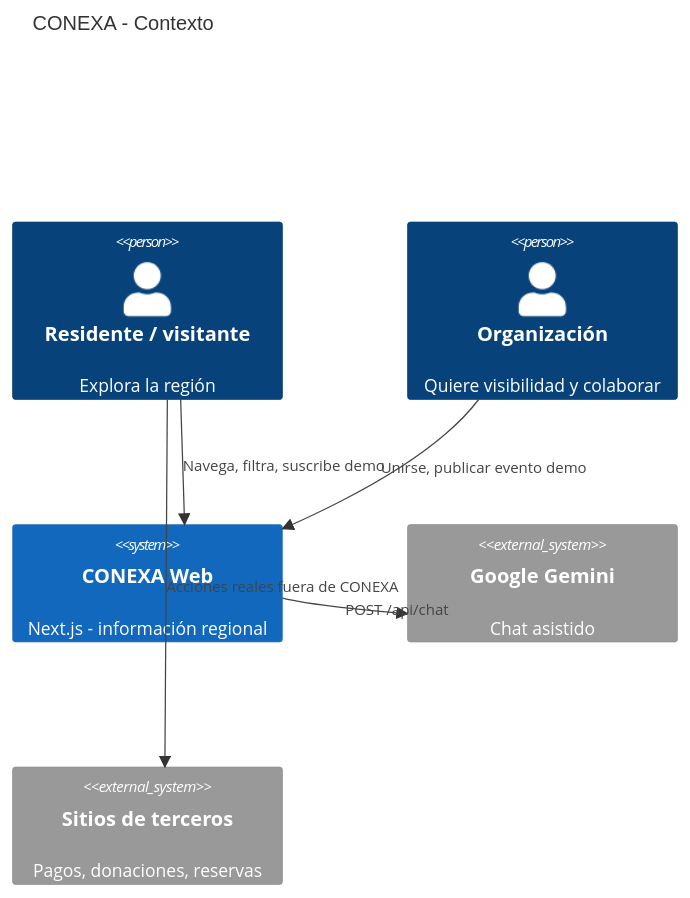
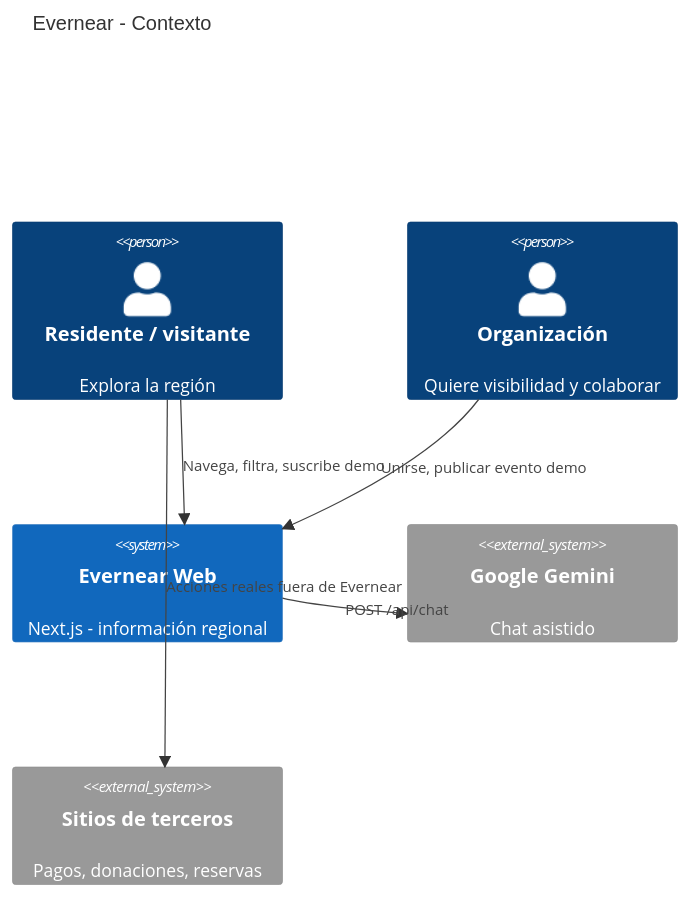
Before and after one commit to evernear-ig/evernear-site: the first of 7 diagrams in docs/diagramas.md, drawn with Mermaid. The commit also changed other lines of this file and 264 other files, not shown here.

First line of the commit message:
Rebrand codebase from Trinexus/CONEXA to Evernear.

````diff
--- a/docs/diagramas.md
+++ b/docs/diagramas.md
@@ -7,14 +7,14 @@
 ```mermaid
 C4Context
-  title CONEXA - Contexto
+  title Evernear - Contexto
   Person(residente, "Residente / visitante", "Explora la región")
   Person(org, "Organización", "Quiere visibilidad y colaborar")
-  System(conexa, "CONEXA Web", "Next.js - información regional")
+  System(evernear, "Evernear Web", "Next.js - información regional")
   System_Ext(google, "Google Gemini", "Chat asistido")
   System_Ext(orgs, "Sitios de terceros", "Pagos, donaciones, reservas")
 
-  Rel(residente, conexa, "Navega, filtra, suscribe demo")
-  Rel(org, conexa, "Unirse, publicar evento demo")
-  Rel(conexa, google, "POST /api/chat")
-  Rel(residente, orgs, "Acciones reales fuera de CONEXA")
+  Rel(residente, evernear, "Navega, filtra, suscribe demo")
+  Rel(org, evernear, "Unirse, publicar evento demo")
+  Rel(evernear, google, "POST /api/chat")
+  Rel(residente, orgs, "Acciones reales fuera de Evernear")
 ```
````
